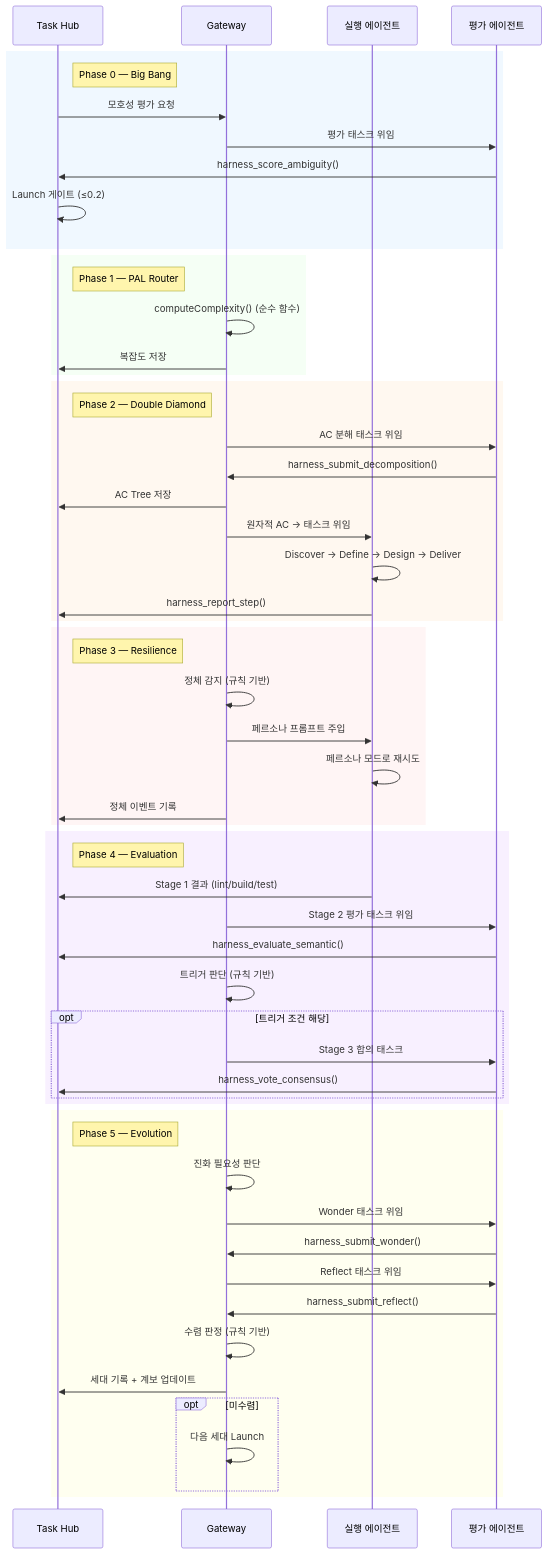
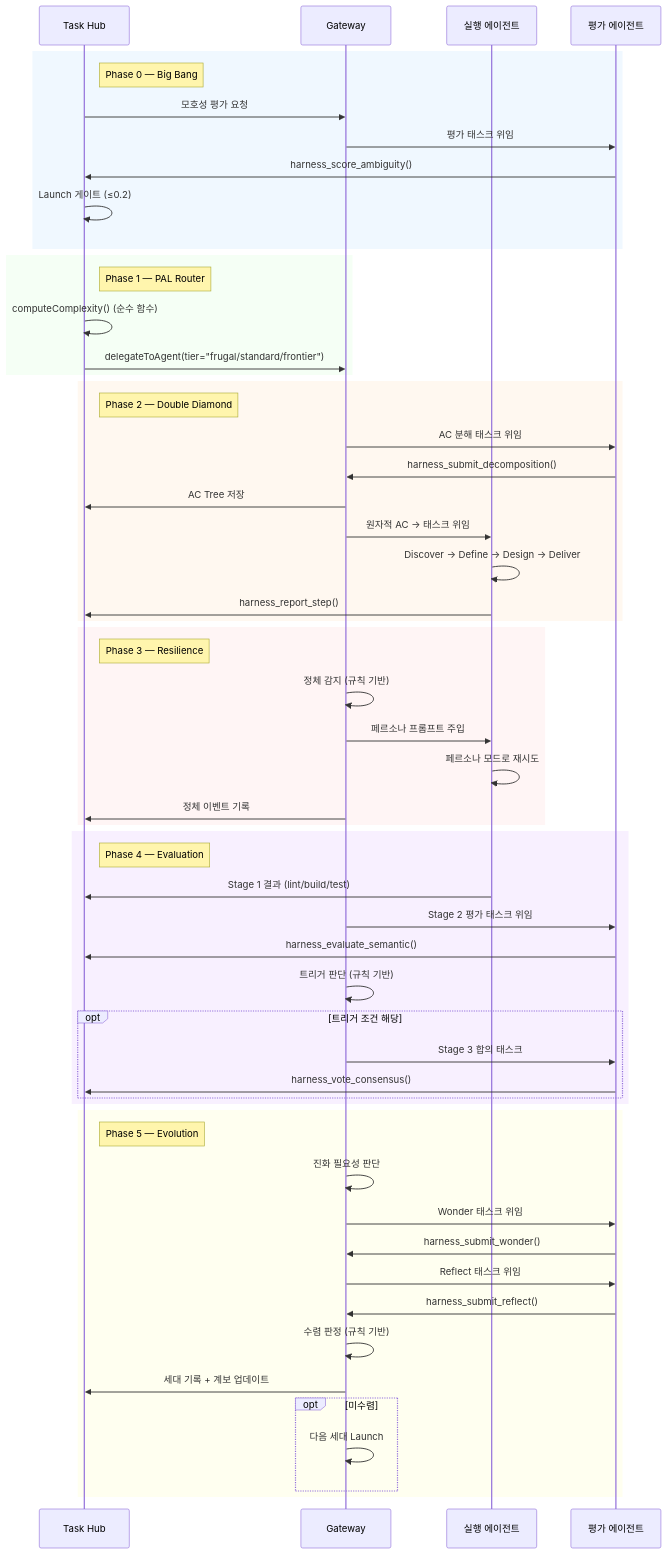
Before and after one commit to openclaw/openclaw: the tenth of 13 diagrams in custom-docs/planning/OUROBOROS-INTEGRATION-DESIGN.md, drawn with Mermaid. The commit also changed other lines of this file, not shown here.

````diff
--- a/custom-docs/planning/OUROBOROS-INTEGRATION-DESIGN.md
+++ b/custom-docs/planning/OUROBOROS-INTEGRATION-DESIGN.md
@@ -749,65 +761,65 @@
 ```mermaid
 sequenceDiagram
   participant TH as Task Hub
   participant GW as Gateway
   participant EX as 실행 에이전트
   participant EV as 평가 에이전트
 
   rect rgb(240, 248, 255)
   Note right of TH: Phase 0 — Big Bang
   TH->>GW: 모호성 평가 요청
   GW->>EV: 평가 태스크 위임
   EV->>TH: harness_score_ambiguity()
   TH->>TH: Launch 게이트 (≤0.2)
   end
 
   rect rgb(245, 255, 245)
   Note right of TH: Phase 1 — PAL Router
-  GW->>GW: computeComplexity() (순수 함수)
-  GW->>TH: 복잡도 저장
+  TH->>TH: computeComplexity() (순수 함수)
+  TH->>GW: delegateToAgent(tier="frugal/standard/frontier")
   end
 
   rect rgb(255, 248, 240)
   Note right of TH: Phase 2 — Double Diamond
   GW->>EV: AC 분해 태스크 위임
   EV->>GW: harness_submit_decomposition()
   GW->>TH: AC Tree 저장
   GW->>EX: 원자적 AC → 태스크 위임
   EX->>EX: Discover → Define → Design → Deliver
   EX->>TH: harness_report_step()
   end
 
   rect rgb(255, 245, 245)
   Note right of TH: Phase 3 — Resilience
   GW->>GW: 정체 감지 (규칙 기반)
   GW->>EX: 페르소나 프롬프트 주입
   EX->>EX: 페르소나 모드로 재시도
   GW->>TH: 정체 이벤트 기록
   end
 
   rect rgb(248, 240, 255)
   Note right of TH: Phase 4 — Evaluation
   EX->>TH: Stage 1 결과 (lint/build/test)
   GW->>EV: Stage 2 평가 태스크 위임
   EV->>TH: harness_evaluate_semantic()
   GW->>GW: 트리거 판단 (규칙 기반)
   opt 트리거 조건 해당
     GW->>EV: Stage 3 합의 태스크
     EV->>TH: harness_vote_consensus()
   end
   end
 
   rect rgb(255, 255, 240)
   Note right of TH: Phase 5 — Evolution
   GW->>GW: 진화 필요성 판단
   GW->>EV: Wonder 태스크 위임
   EV->>GW: harness_submit_wonder()
   GW->>EV: Reflect 태스크 위임
   EV->>GW: harness_submit_reflect()
   GW->>GW: 수렴 판정 (규칙 기반)
   GW->>TH: 세대 기록 + 계보 업데이트
   opt 미수렴
     GW->>GW: 다음 세대 Launch
   end
   end
 ```
````
